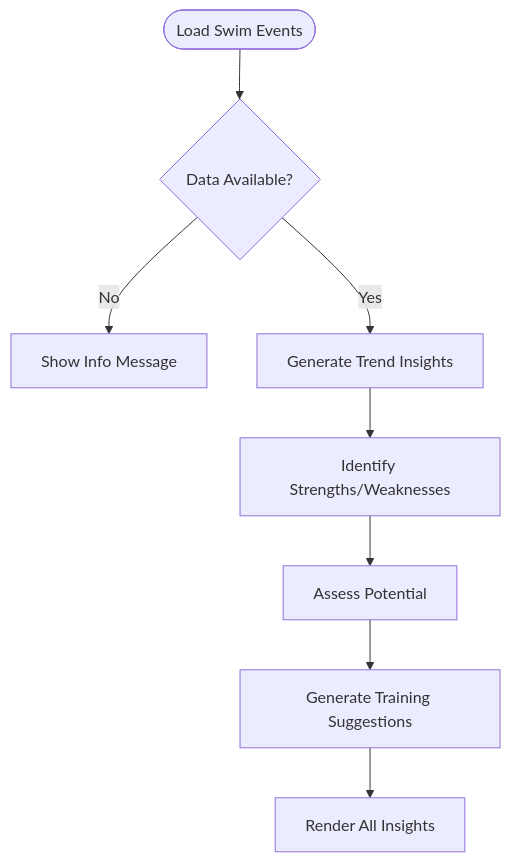
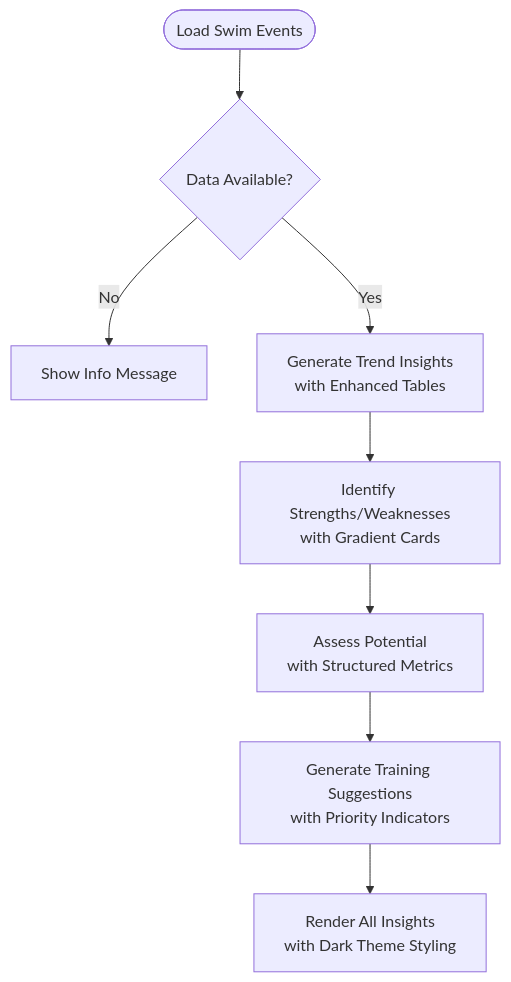
The tenth of 12 diagrams in .qoder/repowiki/en/content/Core Components/Application Controller.md (Johnny22056/SwimingStatus), drawn with Mermaid before and after one commit. The commit also changed other lines of this file and 5 other files, not shown here.

First line of the commit message:
feat: chart/PB UI polish, Gap to NM column, meet course override

````diff
--- a/.qoder/repowiki/en/content/Core Components/Application Controller.md
+++ b/.qoder/repowiki/en/content/Core Components/Application Controller.md
@@ -412,10 +374,10 @@
 ```mermaid
 flowchart TD
 LoadData([Load Swim Events]) --> CheckData{"Data Available?"}
 CheckData --> |No| ShowInfo["Show Info Message"]
-CheckData --> |Yes| Trend["Generate Trend Insights"]
-Trend --> Strengths["Identify Strengths/Weaknesses"]
-Strengths --> Assessment["Assess Potential"]
-Assessment --> Suggestions["Generate Training Suggestions"]
-Suggestions --> Render["Render All Insights"]
+CheckData --> |Yes| TrendInsights["Generate Trend Insights<br/>with Enhanced Tables"]
+TrendInsights --> Strengths["Identify Strengths/Weaknesses<br/>with Gradient Cards"]
+Strengths --> Assessment["Assess Potential<br/>with Structured Metrics"]
+Assessment --> Suggestions["Generate Training Suggestions<br/>with Priority Indicators"]
+Suggestions --> Render["Render All Insights<br/>with Dark Theme Styling"]
 ```
````
